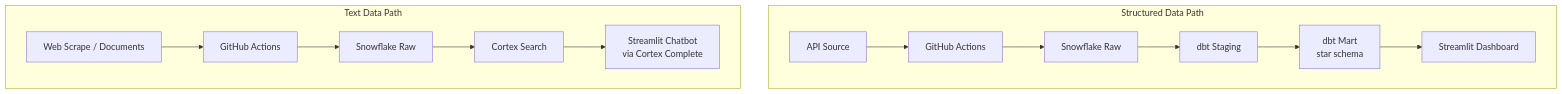
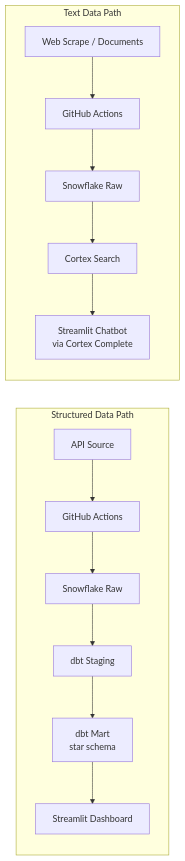
One commit to LMU-ISBA/isba-4715-f26 changed the diagram in project/README.md. Above: the diagram before and after it, drawn with Mermaid. The commit also changed other lines of this file, not shown here.

Commit message:
Add tool links to tech stack, fix Mermaid diagram ordering

````diff
--- a/project/README.md
+++ b/project/README.md
@@ -20,10 +20,10 @@
 ```mermaid
-graph TD
+graph LR
     subgraph Structured Data Path
         A[API Source] --> B[GitHub Actions] --> C[Snowflake Raw] --> D[dbt Staging] --> E[dbt Mart\nstar schema] --> F[Streamlit Dashboard]
     end
 
     subgraph Text Data Path
         G[Web Scrape / Documents] --> H[GitHub Actions] --> I[Snowflake Raw] --> J[Cortex Search] --> K[Streamlit Chatbot\nvia Cortex Complete]
     end
 ```
````
